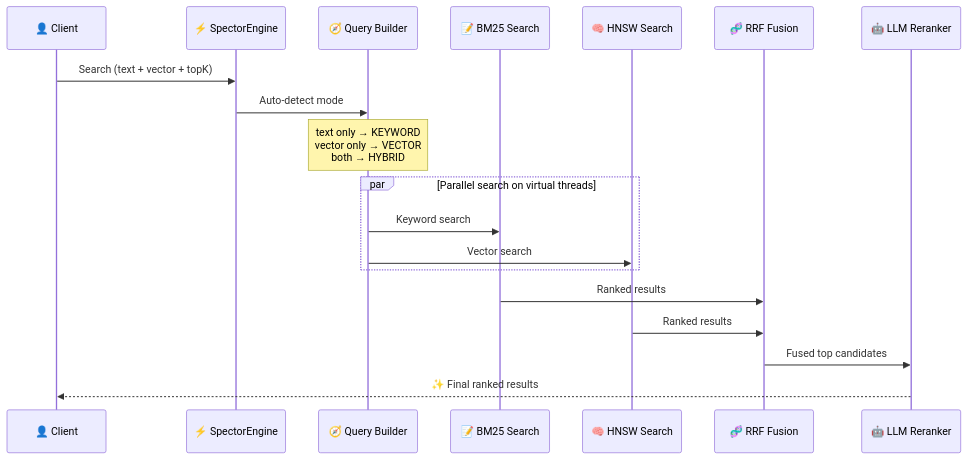
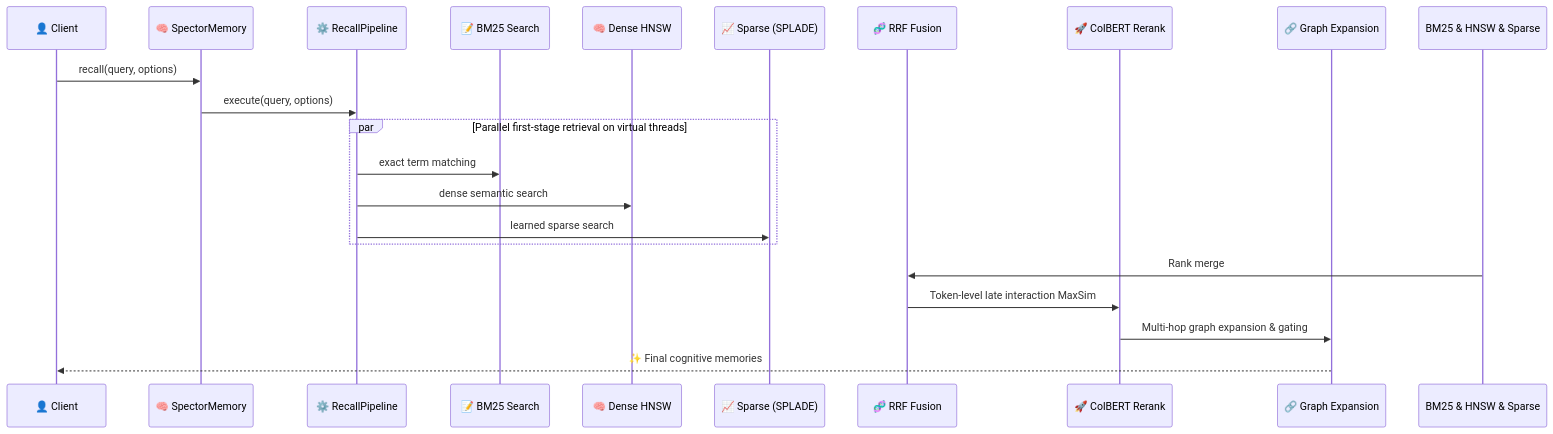
The ninth of 12 diagrams in docs/docs/architecture/overview.md (spectrayan/spector), drawn with Mermaid before and after one commit. The commit also changed other lines of this file and 34 other files, not shown here.

First line of the commit message:
docs(docs): align project documentation with memory recall architecture (#321)

````diff
--- a/docs/docs/architecture/overview.md
+++ b/docs/docs/architecture/overview.md
@@ -443,22 +443,24 @@
 ```mermaid
 sequenceDiagram
     participant Client as 👤 Client
-    participant Engine as ⚡ SpectorEngine
-    participant QB as 🧭 Query Builder
+    participant Memory as 🧠 SpectorMemory
+    participant Pipeline as ⚙️ RecallPipeline
     participant BM25 as 📝 BM25 Search
-    participant HNSW as 🧠 HNSW Search
+    participant HNSW as 🧠 Dense HNSW
+    participant Sparse as 📈 Sparse (SPLADE)
     participant RRF as 🧬 RRF Fusion
-    participant LLM as 🤖 LLM Reranker
+    participant Rerank as 🚀 ColBERT Rerank
+    participant Graph as 🔗 Graph Expansion
 
-    Client->>Engine: Search (text + vector + topK)
-    Engine->>QB: Auto-detect mode
-    Note over QB: text only → KEYWORD<br/>vector only → VECTOR<br/>both → HYBRID
-    par Parallel search on virtual threads
-        QB->>BM25: Keyword search
-        QB->>HNSW: Vector search
+    Client->>Memory: recall(query, options)
+    Memory->>Pipeline: execute(query, options)
+    par Parallel first-stage retrieval on virtual threads
+        Pipeline->>BM25: exact term matching
+        Pipeline->>HNSW: dense semantic search
+        Pipeline->>Sparse: learned sparse search
     end
-    BM25->>RRF: Ranked results
-    HNSW->>RRF: Ranked results
-    RRF->>LLM: Fused top candidates
-    LLM-->>Client: ✨ Final ranked results
+    BM25 & HNSW & Sparse->>RRF: Rank merge
+    RRF->>Rerank: Token-level late interaction MaxSim
+    Rerank->>Graph: Multi-hop graph expansion & gating
+    Graph-->>Client: ✨ Final cognitive memories
 ```
````
